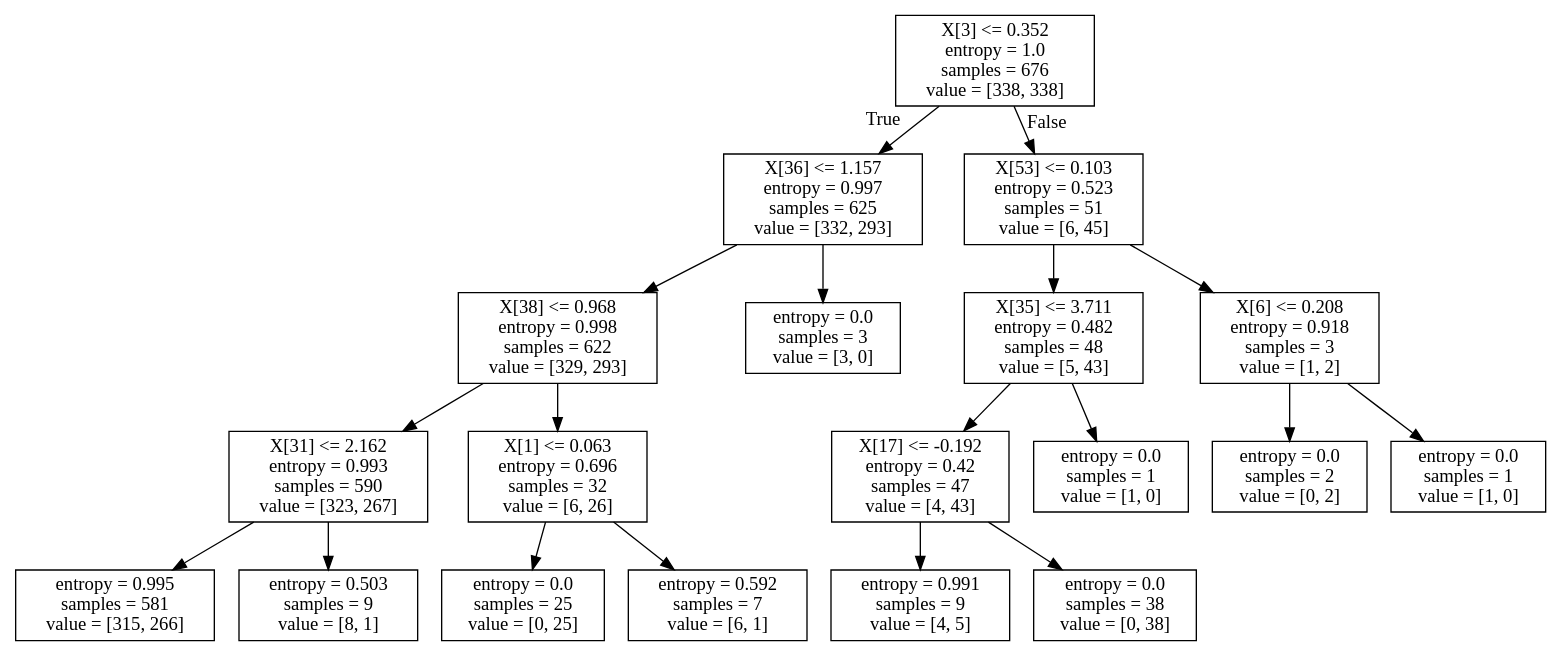
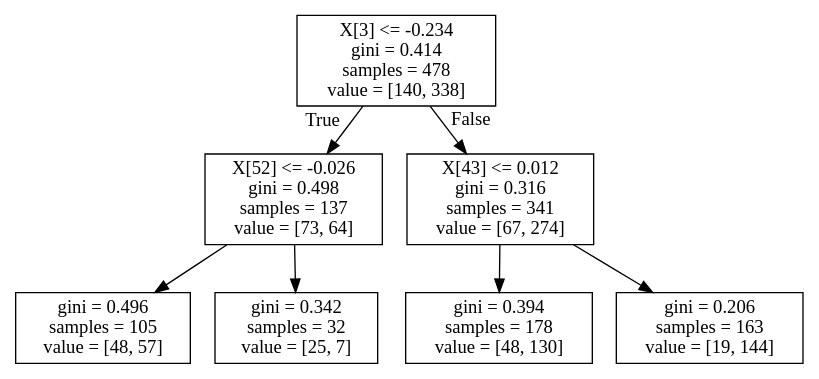
Before and after one commit to diogohalmeida/FEUP-IART-PROJ: the diagram in Project2/iris_dtc.dot, drawn with Graphviz. The commit also changed 1 other file, not shown here.

```diff
--- a/Project2/iris_dtc.dot
+++ b/Project2/iris_dtc.dot
@@ -1,40 +1,16 @@
 digraph Tree {
 node [shape=box] ;
-0 [label="X[3] <= 0.352\nentropy = 1.0\nsamples = 676\nvalue = [338, 338]"] ;
-1 [label="X[36] <= 1.157\nentropy = 0.997\nsamples = 625\nvalue = [332, 293]"] ;
+0 [label="X[3] <= -0.234\ngini = 0.414\nsamples = 478\nvalue = [140, 338]"] ;
+1 [label="X[52] <= -0.026\ngini = 0.498\nsamples = 137\nvalue = [73, 64]"] ;
 0 -> 1 [labeldistance=2.5, labelangle=45, headlabel="True"] ;
-2 [label="X[38] <= 0.968\nentropy = 0.998\nsamples = 622\nvalue = [329, 293]"] ;
+2 [label="gini = 0.496\nsamples = 105\nvalue = [48, 57]"] ;
 1 -> 2 ;
-3 [label="X[31] <= 2.162\nentropy = 0.993\nsamples = 590\nvalue = [323, 267]"] ;
-2 -> 3 ;
-4 [label="entropy = 0.995\nsamples = 581\nvalue = [315, 266]"] ;
-3 -> 4 ;
-5 [label="entropy = 0.503\nsamples = 9\nvalue = [8, 1]"] ;
-3 -> 5 ;
-6 [label="X[1] <= 0.063\nentropy = 0.696\nsamples = 32\nvalue = [6, 26]"] ;
-2 -> 6 ;
-7 [label="entropy = 0.0\nsamples = 25\nvalue = [0, 25]"] ;
-6 -> 7 ;
-8 [label="entropy = 0.592\nsamples = 7\nvalue = [6, 1]"] ;
-6 -> 8 ;
-9 [label="entropy = 0.0\nsamples = 3\nvalue = [3, 0]"] ;
-1 -> 9 ;
-10 [label="X[53] <= 0.103\nentropy = 0.523\nsamples = 51\nvalue = [6, 45]"] ;
-0 -> 10 [labeldistance=2.5, labelangle=-45, headlabel="False"] ;
-11 [label="X[35] <= 3.711\nentropy = 0.482\nsamples = 48\nvalue = [5, 43]"] ;
-10 -> 11 ;
-12 [label="X[17] <= -0.192\nentropy = 0.42\nsamples = 47\nvalue = [4, 43]"] ;
-11 -> 12 ;
-13 [label="entropy = 0.991\nsamples = 9\nvalue = [4, 5]"] ;
-12 -> 13 ;
-14 [label="entropy = 0.0\nsamples = 38\nvalue = [0, 38]"] ;
-12 -> 14 ;
-15 [label="entropy = 0.0\nsamples = 1\nvalue = [1, 0]"] ;
-11 -> 15 ;
-16 [label="X[6] <= 0.208\nentropy = 0.918\nsamples = 3\nvalue = [1, 2]"] ;
-10 -> 16 ;
-17 [label="entropy = 0.0\nsamples = 2\nvalue = [0, 2]"] ;
-16 -> 17 ;
-18 [label="entropy = 0.0\nsamples = 1\nvalue = [1, 0]"] ;
-16 -> 18 ;
+3 [label="gini = 0.342\nsamples = 32\nvalue = [25, 7]"] ;
+1 -> 3 ;
+4 [label="X[43] <= 0.012\ngini = 0.316\nsamples = 341\nvalue = [67, 274]"] ;
+0 -> 4 [labeldistance=2.5, labelangle=-45, headlabel="False"] ;
+5 [label="gini = 0.394\nsamples = 178\nvalue = [48, 130]"] ;
+4 -> 5 ;
+6 [label="gini = 0.206\nsamples = 163\nvalue = [19, 144]"] ;
+4 -> 6 ;
 }
```
